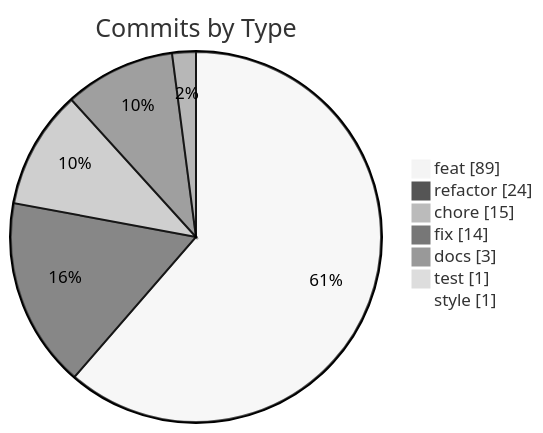
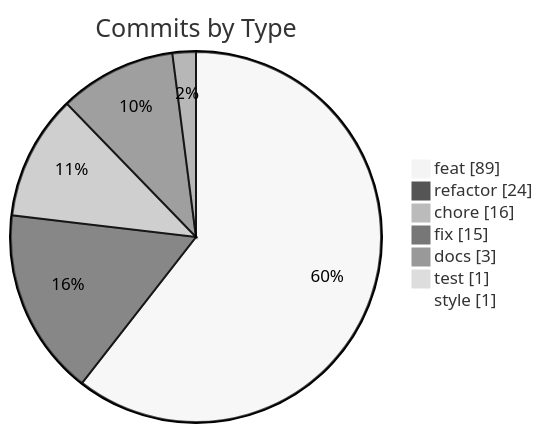
The first of 3 diagrams in docs/STATS.md (Whytalik/fix-space), drawn with Mermaid (neutral theme) before and after one commit. The commit also changed other lines of this file and 1 other file, not shown here.

````diff
--- a/docs/STATS.md
+++ b/docs/STATS.md
@@ -11,11 +11,11 @@
 ```mermaid
 pie showData
     title Commits by Type
     "feat" : 89
     "refactor" : 24
-    "chore" : 15
-    "fix" : 14
+    "chore" : 16
+    "fix" : 15
     "docs" : 3
     "test" : 1
     "style" : 1
 ```
````
